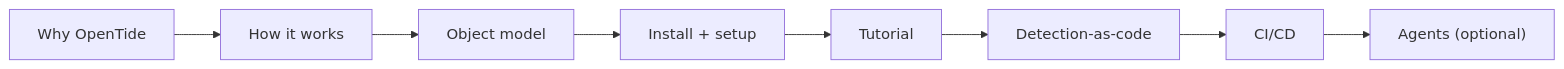
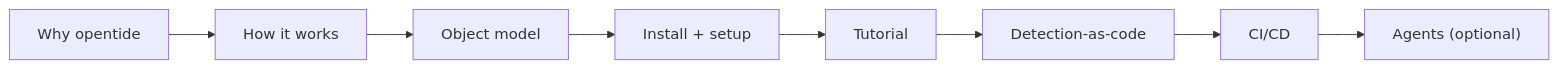
One commit to opentidehq/opentide changed the diagram in docs/usage/index.md. Above: the diagram before and after it, drawn with Mermaid. The commit also changed other lines of this file and 308 other files, not shown here.

````diff
--- a/docs/usage/index.md
+++ b/docs/usage/index.md
@@ -43,10 +43,10 @@
 ```mermaid
 flowchart LR
-  why["Why OpenTide"] --> how["How it works"]
+  why["Why opentide"] --> how["How it works"]
   how --> model["Object model"]
   model --> install["Install + setup"]
   install --> tutorial["Tutorial"]
   tutorial --> daily["Detection-as-code"]
   daily --> ci["CI/CD"]
   ci --> agents["Agents (optional)"]
 ```
````
